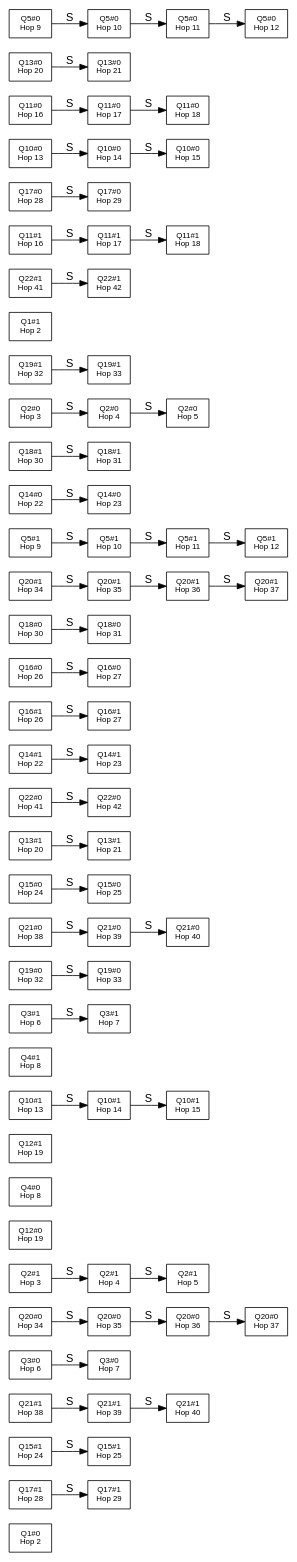
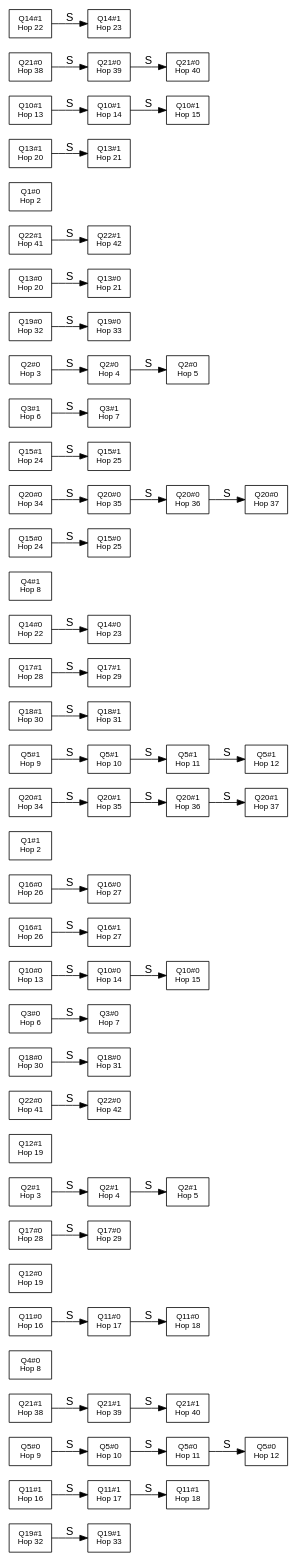
Before and after one commit to gsoosk/benchbase-transact: the diagram in results/tpch/simplified_sc_graph_combined.dot, drawn with Graphviz. The commit also changed 1502 other files, not shown here.

```diff
--- a/results/tpch/simplified_sc_graph_combined.dot
+++ b/results/tpch/simplified_sc_graph_combined.dot
@@ -1,133 +1,133 @@
 digraph CombinedSCGraph {
   graph [rankdir=LR];
   node  [shape=record, fontsize=10, fontname=Helvetica];
   edge  [fontname=Helvetica];
-  cv0 [label="Q1#0\nHop 2\n"];
-  cv1 [label="Q17#1\nHop 28\n"];
-  cv2 [label="Q15#1\nHop 24\n"];
-  cv3 [label="Q21#1\nHop 38\n"];
-  cv4 [label="Q3#0\nHop 6\n"];
-  cv5 [label="Q20#0\nHop 34\n"];
-  cv6 [label="Q2#1\nHop 3\n"];
-  cv7 [label="Q12#0\nHop 19\n"];
-  cv8 [label="Q4#0\nHop 8\n"];
-  cv9 [label="Q12#1\nHop 19\n"];
-  cv10 [label="Q10#1\nHop 13\n"];
-  cv11 [label="Q10#1\nHop 14\n"];
-  cv12 [label="Q4#1\nHop 8\n"];
-  cv13 [label="Q3#1\nHop 6\n"];
-  cv14 [label="Q19#0\nHop 32\n"];
-  cv15 [label="Q21#0\nHop 38\n"];
-  cv16 [label="Q21#1\nHop 39\n"];
-  cv17 [label="Q15#1\nHop 25\n"];
-  cv18 [label="Q21#0\nHop 39\n"];
-  cv19 [label="Q15#0\nHop 24\n"];
-  cv20 [label="Q13#1\nHop 20\n"];
-  cv21 [label="Q13#1\nHop 21\n"];
-  cv22 [label="Q22#0\nHop 41\n"];
-  cv23 [label="Q22#0\nHop 42\n"];
-  cv24 [label="Q20#0\nHop 35\n"];
-  cv25 [label="Q14#1\nHop 22\n"];
-  cv26 [label="Q14#1\nHop 23\n"];
-  cv27 [label="Q17#1\nHop 29\n"];
-  cv28 [label="Q16#1\nHop 26\n"];
-  cv29 [label="Q16#0\nHop 26\n"];
-  cv30 [label="Q16#0\nHop 27\n"];
-  cv31 [label="Q18#0\nHop 30\n"];
-  cv32 [label="Q20#0\nHop 36\n"];
-  cv33 [label="Q21#0\nHop 40\n"];
-  cv34 [label="Q19#0\nHop 33\n"];
-  cv35 [label="Q20#1\nHop 34\n"];
-  cv36 [label="Q5#1\nHop 9\n"];
-  cv37 [label="Q5#1\nHop 10\n"];
-  cv38 [label="Q16#1\nHop 27\n"];
+  cv0 [label="Q19#1\nHop 32\n"];
+  cv1 [label="Q11#1\nHop 16\n"];
+  cv2 [label="Q11#1\nHop 17\n"];
+  cv3 [label="Q5#0\nHop 9\n"];
+  cv4 [label="Q21#1\nHop 38\n"];
+  cv5 [label="Q11#1\nHop 18\n"];
+  cv6 [label="Q5#0\nHop 10\n"];
+  cv7 [label="Q4#0\nHop 8\n"];
+  cv8 [label="Q11#0\nHop 16\n"];
+  cv9 [label="Q12#0\nHop 19\n"];
+  cv10 [label="Q17#0\nHop 28\n"];
+  cv11 [label="Q2#1\nHop 3\n"];
+  cv12 [label="Q12#1\nHop 19\n"];
+  cv13 [label="Q22#0\nHop 41\n"];
+  cv14 [label="Q5#0\nHop 11\n"];
+  cv15 [label="Q5#0\nHop 12\n"];
+  cv16 [label="Q18#0\nHop 30\n"];
+  cv17 [label="Q18#0\nHop 31\n"];
+  cv18 [label="Q3#0\nHop 6\n"];
+  cv19 [label="Q22#0\nHop 42\n"];
+  cv20 [label="Q10#0\nHop 13\n"];
+  cv21 [label="Q10#0\nHop 14\n"];
+  cv22 [label="Q10#0\nHop 15\n"];
+  cv23 [label="Q16#1\nHop 26\n"];
+  cv24 [label="Q16#0\nHop 26\n"];
+  cv25 [label="Q1#1\nHop 2\n"];
+  cv26 [label="Q20#1\nHop 34\n"];
+  cv27 [label="Q20#1\nHop 35\n"];
+  cv28 [label="Q20#1\nHop 36\n"];
+  cv29 [label="Q20#1\nHop 37\n"];
+  cv30 [label="Q21#1\nHop 39\n"];
+  cv31 [label="Q5#1\nHop 9\n"];
+  cv32 [label="Q5#1\nHop 10\n"];
+  cv33 [label="Q5#1\nHop 11\n"];
+  cv34 [label="Q5#1\nHop 12\n"];
+  cv35 [label="Q21#1\nHop 40\n"];
+  cv36 [label="Q18#1\nHop 30\n"];
+  cv37 [label="Q17#1\nHop 28\n"];
+  cv38 [label="Q17#1\nHop 29\n"];
   cv39 [label="Q14#0\nHop 22\n"];
   cv40 [label="Q14#0\nHop 23\n"];
-  cv41 [label="Q18#1\nHop 30\n"];
-  cv42 [label="Q18#1\nHop 31\n"];
-  cv43 [label="Q2#0\nHop 3\n"];
-  cv44 [label="Q2#0\nHop 4\n"];
-  cv45 [label="Q2#0\nHop 5\n"];
-  cv46 [label="Q3#0\nHop 7\n"];
-  cv47 [label="Q19#1\nHop 32\n"];
-  cv48 [label="Q15#0\nHop 25\n"];
-  cv49 [label="Q21#1\nHop 40\n"];
-  cv50 [label="Q19#1\nHop 33\n"];
-  cv51 [label="Q20#0\nHop 37\n"];
-  cv52 [label="Q1#1\nHop 2\n"];
-  cv53 [label="Q18#0\nHop 31\n"];
-  cv54 [label="Q2#1\nHop 4\n"];
-  cv55 [label="Q2#1\nHop 5\n"];
-  cv56 [label="Q22#1\nHop 41\n"];
-  cv57 [label="Q22#1\nHop 42\n"];
-  cv58 [label="Q10#1\nHop 15\n"];
-  cv59 [label="Q3#1\nHop 7\n"];
-  cv60 [label="Q11#1\nHop 16\n"];
-  cv61 [label="Q11#1\nHop 17\n"];
-  cv62 [label="Q11#1\nHop 18\n"];
-  cv63 [label="Q20#1\nHop 35\n"];
-  cv64 [label="Q20#1\nHop 36\n"];
-  cv65 [label="Q20#1\nHop 37\n"];
-  cv66 [label="Q17#0\nHop 28\n"];
-  cv67 [label="Q17#0\nHop 29\n"];
-  cv68 [label="Q5#1\nHop 11\n"];
-  cv69 [label="Q5#1\nHop 12\n"];
-  cv70 [label="Q10#0\nHop 13\n"];
-  cv71 [label="Q10#0\nHop 14\n"];
-  cv72 [label="Q10#0\nHop 15\n"];
-  cv73 [label="Q11#0\nHop 16\n"];
-  cv74 [label="Q11#0\nHop 17\n"];
-  cv75 [label="Q11#0\nHop 18\n"];
-  cv76 [label="Q13#0\nHop 20\n"];
-  cv77 [label="Q13#0\nHop 21\n"];
-  cv78 [label="Q5#0\nHop 9\n"];
-  cv79 [label="Q5#0\nHop 10\n"];
-  cv80 [label="Q5#0\nHop 11\n"];
-  cv81 [label="Q5#0\nHop 12\n"];
-  cv1 -> cv27 [color=black, label="S"];
-  cv2 -> cv17 [color=black, label="S"];
-  cv3 -> cv16 [color=black, label="S"];
-  cv4 -> cv46 [color=black, label="S"];
-  cv5 -> cv24 [color=black, label="S"];
-  cv6 -> cv54 [color=black, label="S"];
-  cv10 -> cv11 [color=black, label="S"];
-  cv11 -> cv58 [color=black, label="S"];
-  cv13 -> cv59 [color=black, label="S"];
-  cv14 -> cv34 [color=black, label="S"];
-  cv15 -> cv18 [color=black, label="S"];
-  cv16 -> cv49 [color=black, label="S"];
-  cv18 -> cv33 [color=black, label="S"];
-  cv19 -> cv48 [color=black, label="S"];
+  cv41 [label="Q19#1\nHop 33\n"];
+  cv42 [label="Q4#1\nHop 8\n"];
+  cv43 [label="Q15#0\nHop 24\n"];
+  cv44 [label="Q15#0\nHop 25\n"];
+  cv45 [label="Q20#0\nHop 34\n"];
+  cv46 [label="Q20#0\nHop 35\n"];
+  cv47 [label="Q20#0\nHop 36\n"];
+  cv48 [label="Q20#0\nHop 37\n"];
+  cv49 [label="Q16#1\nHop 27\n"];
+  cv50 [label="Q15#1\nHop 24\n"];
+  cv51 [label="Q11#0\nHop 17\n"];
+  cv52 [label="Q11#0\nHop 18\n"];
+  cv53 [label="Q18#1\nHop 31\n"];
+  cv54 [label="Q3#1\nHop 6\n"];
+  cv55 [label="Q3#1\nHop 7\n"];
+  cv56 [label="Q2#0\nHop 3\n"];
+  cv57 [label="Q2#0\nHop 4\n"];
+  cv58 [label="Q2#0\nHop 5\n"];
+  cv59 [label="Q15#1\nHop 25\n"];
+  cv60 [label="Q19#0\nHop 32\n"];
+  cv61 [label="Q19#0\nHop 33\n"];
+  cv62 [label="Q13#0\nHop 20\n"];
+  cv63 [label="Q13#0\nHop 21\n"];
+  cv64 [label="Q22#1\nHop 41\n"];
+  cv65 [label="Q22#1\nHop 42\n"];
+  cv66 [label="Q17#0\nHop 29\n"];
+  cv67 [label="Q1#0\nHop 2\n"];
+  cv68 [label="Q3#0\nHop 7\n"];
+  cv69 [label="Q2#1\nHop 4\n"];
+  cv70 [label="Q2#1\nHop 5\n"];
+  cv71 [label="Q13#1\nHop 20\n"];
+  cv72 [label="Q13#1\nHop 21\n"];
+  cv73 [label="Q10#1\nHop 13\n"];
+  cv74 [label="Q10#1\nHop 14\n"];
+  cv75 [label="Q10#1\nHop 15\n"];
+  cv76 [label="Q21#0\nHop 38\n"];
+  cv77 [label="Q21#0\nHop 39\n"];
+  cv78 [label="Q21#0\nHop 40\n"];
+  cv79 [label="Q14#1\nHop 22\n"];
+  cv80 [label="Q14#1\nHop 23\n"];
+  cv81 [label="Q16#0\nHop 27\n"];
+  cv0 -> cv41 [color=black, label="S"];
+  cv1 -> cv2 [color=black, label="S"];
+  cv2 -> cv5 [color=black, label="S"];
+  cv3 -> cv6 [color=black, label="S"];
+  cv4 -> cv30 [color=black, label="S"];
+  cv6 -> cv14 [color=black, label="S"];
+  cv8 -> cv51 [color=black, label="S"];
+  cv10 -> cv66 [color=black, label="S"];
+  cv11 -> cv69 [color=black, label="S"];
+  cv13 -> cv19 [color=black, label="S"];
+  cv14 -> cv15 [color=black, label="S"];
+  cv16 -> cv17 [color=black, label="S"];
+  cv18 -> cv68 [color=black, label="S"];
   cv20 -> cv21 [color=black, label="S"];
-  cv22 -> cv23 [color=black, label="S"];
-  cv24 -> cv32 [color=black, label="S"];
-  cv25 -> cv26 [color=black, label="S"];
-  cv28 -> cv38 [color=black, label="S"];
-  cv29 -> cv30 [color=black, label="S"];
-  cv31 -> cv53 [color=black, label="S"];
-  cv32 -> cv51 [color=black, label="S"];
-  cv35 -> cv63 [color=black, label="S"];
-  cv36 -> cv37 [color=black, label="S"];
-  cv37 -> cv68 [color=black, label="S"];
+  cv21 -> cv22 [color=black, label="S"];
+  cv23 -> cv49 [color=black, label="S"];
+  cv24 -> cv81 [color=black, label="S"];
+  cv26 -> cv27 [color=black, label="S"];
+  cv27 -> cv28 [color=black, label="S"];
+  cv28 -> cv29 [color=black, label="S"];
+  cv30 -> cv35 [color=black, label="S"];
+  cv31 -> cv32 [color=black, label="S"];
+  cv32 -> cv33 [color=black, label="S"];
+  cv33 -> cv34 [color=black, label="S"];
+  cv36 -> cv53 [color=black, label="S"];
+  cv37 -> cv38 [color=black, label="S"];
   cv39 -> cv40 [color=black, label="S"];
-  cv41 -> cv42 [color=black, label="S"];
   cv43 -> cv44 [color=black, label="S"];
-  cv44 -> cv45 [color=black, label="S"];
-  cv47 -> cv50 [color=black, label="S"];
+  cv45 -> cv46 [color=black, label="S"];
+  cv46 -> cv47 [color=black, label="S"];
+  cv47 -> cv48 [color=black, label="S"];
+  cv50 -> cv59 [color=black, label="S"];
+  cv51 -> cv52 [color=black, label="S"];
   cv54 -> cv55 [color=black, label="S"];
   cv56 -> cv57 [color=black, label="S"];
+  cv57 -> cv58 [color=black, label="S"];
   cv60 -> cv61 [color=black, label="S"];
-  cv61 -> cv62 [color=black, label="S"];
-  cv63 -> cv64 [color=black, label="S"];
+  cv62 -> cv63 [color=black, label="S"];
   cv64 -> cv65 [color=black, label="S"];
-  cv66 -> cv67 [color=black, label="S"];
-  cv68 -> cv69 [color=black, label="S"];
-  cv70 -> cv71 [color=black, label="S"];
+  cv69 -> cv70 [color=black, label="S"];
   cv71 -> cv72 [color=black, label="S"];
   cv73 -> cv74 [color=black, label="S"];
   cv74 -> cv75 [color=black, label="S"];
   cv76 -> cv77 [color=black, label="S"];
-  cv78 -> cv79 [color=black, label="S"];
+  cv77 -> cv78 [color=black, label="S"];
   cv79 -> cv80 [color=black, label="S"];
-  cv80 -> cv81 [color=black, label="S"];
 }
```
